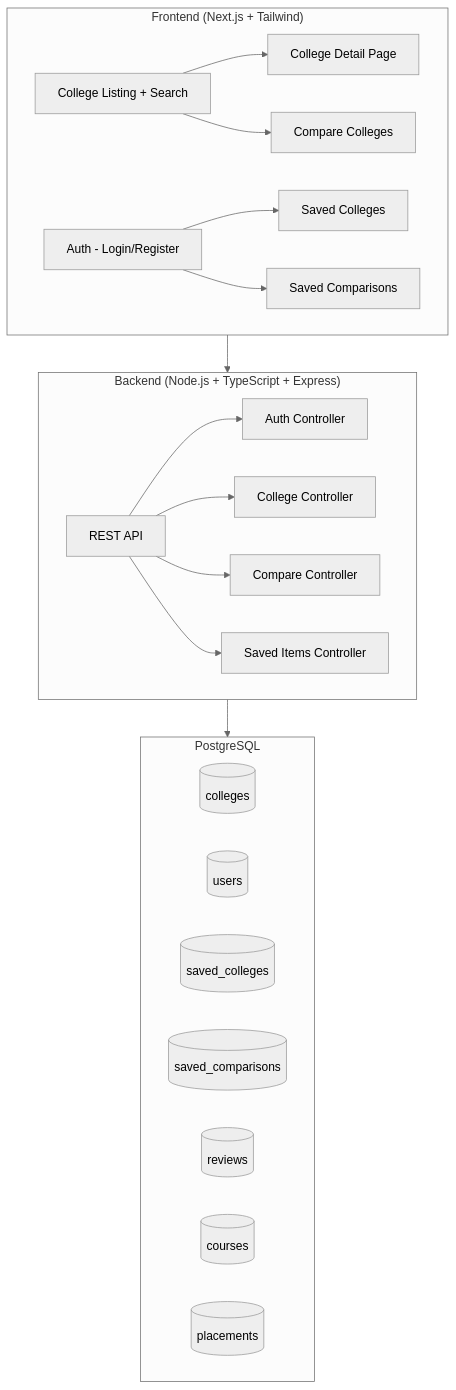
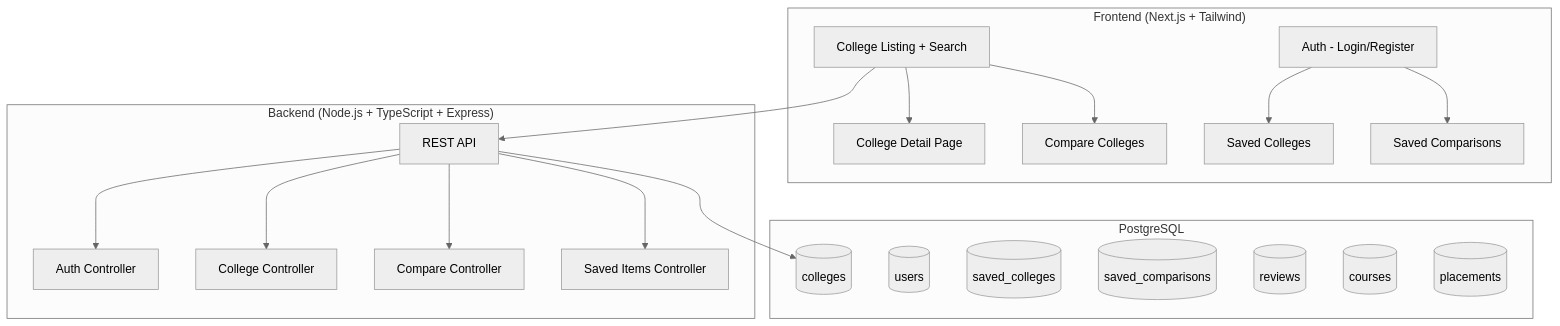
The diagram in implementation_plan.md (pradeepapalleti/CollegeNavigator), drawn with Mermaid (neutral theme) before and after one commit. The commit also changed 5 other files, not shown here.

````diff
--- a/implementation_plan.md
+++ b/implementation_plan.md
@@ -5,26 +5,27 @@
 ```mermaid
 graph TB
     subgraph Frontend["Frontend (Next.js + Tailwind)"]
         A[College Listing + Search] --> B[College Detail Page]
         A --> C[Compare Colleges]
         D[Auth - Login/Register] --> E[Saved Colleges]
         D --> F[Saved Comparisons]
     end
     subgraph Backend["Backend (Node.js + TypeScript + Express)"]
         G[REST API]
         G --> H[Auth Controller]
         G --> I[College Controller]
         G --> J[Compare Controller]
         G --> K[Saved Items Controller]
     end
     subgraph DB["PostgreSQL"]
         L[(colleges)]
         M[(users)]
         N[(saved_colleges)]
         O[(saved_comparisons)]
         P[(reviews)]
         Q[(courses)]
         R[(placements)]
     end
-    Frontend --> Backend --> DB
+    A --> G
+    G --> L
 ```
````
